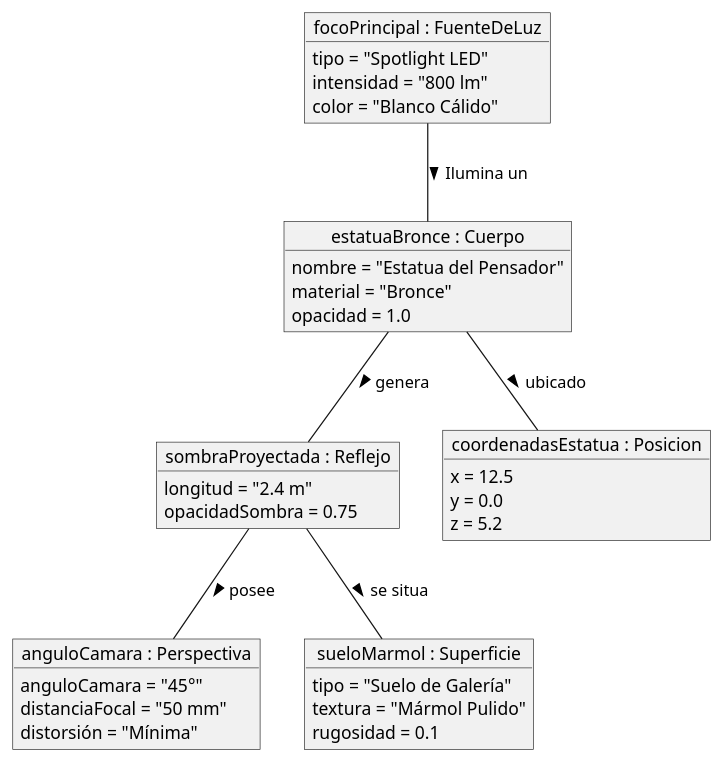
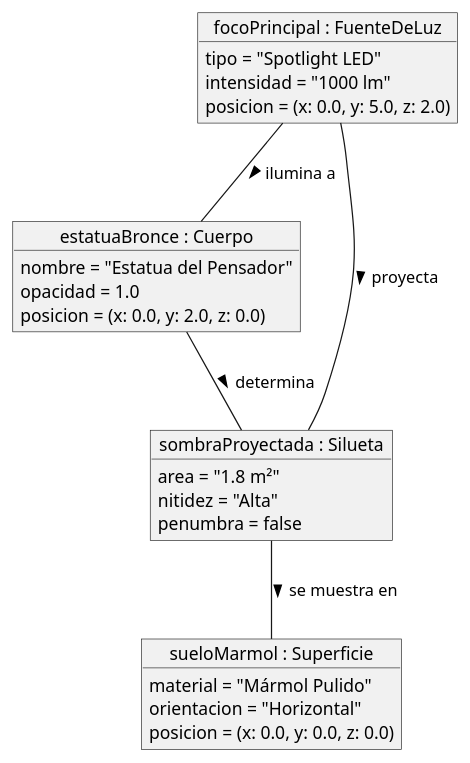
The diagram in entregas/alvaradoCarlos/modelosUML/diagramaDeObjetos.puml (carlos-alvarado-25/26-27-idsw1), drawn with PlantUML before and after one commit. The commit also changed 7 other files, not shown here.

```diff
--- a/entregas/alvaradoCarlos/modelosUML/diagramaDeObjetos.puml
+++ b/entregas/alvaradoCarlos/modelosUML/diagramaDeObjetos.puml
@@ -1,44 +1,32 @@
 @startuml
 
 object "focoPrincipal : FuenteDeLuz" as foco {
   tipo = "Spotlight LED"
-  intensidad = "800 lm"
-  color = "Blanco Cálido"
+  intensidad = "1000 lm"
+  posicion = (x: 0.0, y: 5.0, z: 2.0)
 }
 
 object "estatuaBronce : Cuerpo" as estatua {
   nombre = "Estatua del Pensador"
-  material = "Bronce"
   opacidad = 1.0
+  posicion = (x: 0.0, y: 2.0, z: 0.0)
 }
 
-object "sombraProyectada : Reflejo" as sombra {
-  longitud = "2.4 m"
-  opacidadSombra = 0.75
-}
-
-object "coordenadasEstatua : Posicion" as posEstatua {
-  x = 12.5
-  y = 0.0
-  z = 5.2
-}
-
-object "anguloCamara : Perspectiva" as vista {
-  anguloCamara = "45°"
-  distanciaFocal = "50 mm"
-  distorsión = "Mínima"
+object "sombraProyectada : Silueta" as sombra {
+  area = "1.8 m²"
+  nitidez = "Alta"
+  penumbra = false
 }
 
 object "sueloMarmol : Superficie" as suelo {
-  tipo = "Suelo de Galería"
-  textura = "Mármol Pulido"
-  rugosidad = 0.1
+  material = "Mármol Pulido"
+  orientacion = "Horizontal"
+  posicion = (x: 0.0, y: 0.0, z: 0.0)
 }
 
-foco -- estatua : Ilumina un >
-estatua -- sombra : genera >
-estatua -- posEstatua : ubicado >
-sombra -- vista : posee >
-sombra -- suelo : se situa >
+foco -- estatua : ilumina a >
+foco -- sombra : proyecta >
+estatua -- sombra : determina >
+sombra -- suelo : se muestra en >
 
 @enduml
```
